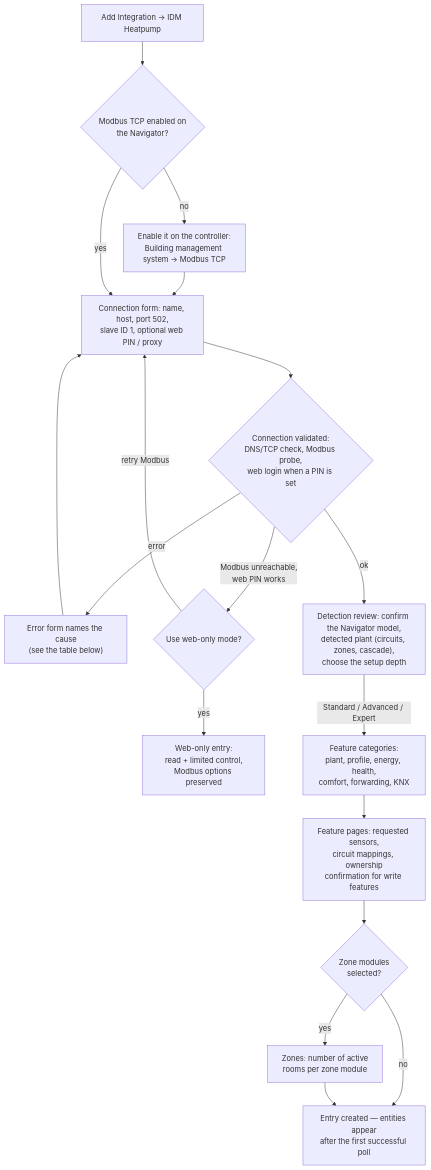
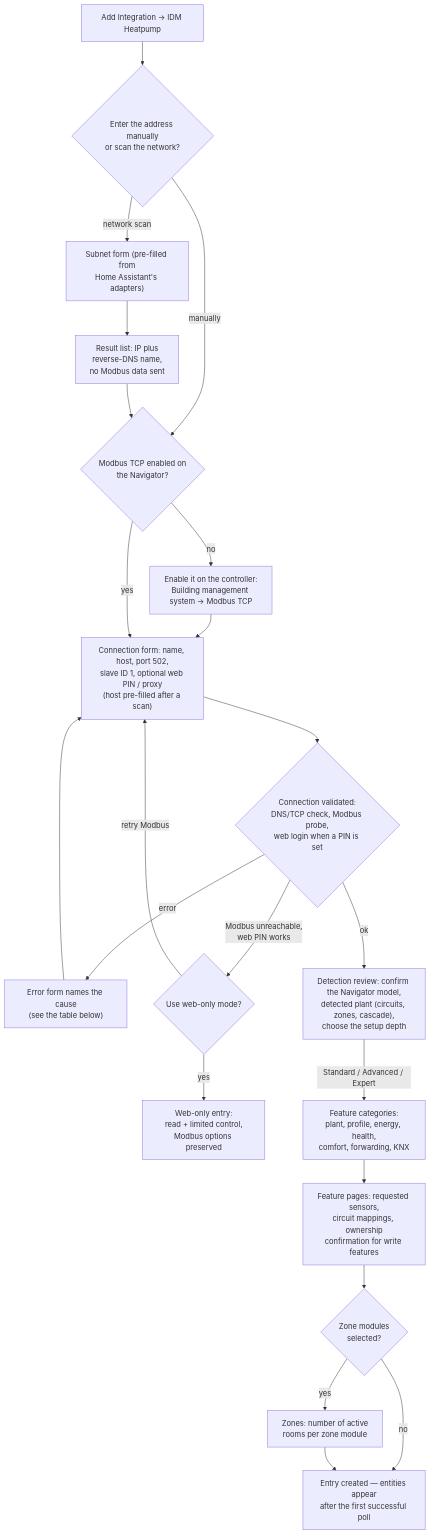
One commit to Xerolux/idm-heatpump-hass changed the diagram in docs/wiki/Installation-and-Setup.md. Above: the diagram before and after it, drawn with Mermaid. The commit also changed other lines of this file and 22 other files, not shown here.

First line of the commit message:
feat: optional network scan in the setup flow (0.26.0-b1)

````diff
--- a/docs/wiki/Installation-and-Setup.md
+++ b/docs/wiki/Installation-and-Setup.md
@@ -132,20 +133,24 @@
 ```mermaid
 flowchart TD
-    add["Add Integration → IDM Heatpump"] --> prereq{"Modbus TCP enabled on<br/>the Navigator?"}
+    add["Add Integration → IDM Heatpump"] --> start{"Enter the address manually<br/>or scan the network?"}
+    start -- "manually" --> prereq{"Modbus TCP enabled on<br/>the Navigator?"}
+    start -- "network scan" --> scan["Subnet form (pre-filled from<br/>Home Assistant's adapters)"]
+    scan --> scanres["Result list: IP plus<br/>reverse-DNS name,<br/>no Modbus data sent"]
+    scanres --> prereq
     prereq -- "no" --> enable["Enable it on the controller:<br/>Building management system → Modbus TCP"]
     enable --> conn
-    prereq -- "yes" --> conn["Connection form: name, host, port 502,<br/>slave ID 1, optional web PIN / proxy"]
+    prereq -- "yes" --> conn["Connection form: name, host, port 502,<br/>slave ID 1, optional web PIN / proxy<br/>(host pre-filled after a scan)"]
     conn --> validate{"Connection validated:<br/>DNS/TCP check, Modbus probe,<br/>web login when a PIN is set"}
     validate -- "error" --> cause["Error form names the cause<br/>(see the table below)"]
     cause --> conn
     validate -- "Modbus unreachable,<br/>web PIN works" --> fallback{"Use web-only mode?"}
     fallback -- "yes" --> webonly["Web-only entry:<br/>read + limited control,<br/>Modbus options preserved"]
     fallback -- "retry Modbus" --> conn
     validate -- "ok" --> review["Detection review: confirm the Navigator model,<br/>detected plant (circuits, zones, cascade),<br/>choose the setup depth"]
     review -- "Standard / Advanced / Expert" --> features["Feature categories:<br/>plant, profile, energy, health,<br/>comfort, forwarding, KNX"]
     features --> pages["Feature pages: requested sensors,<br/>circuit mappings, ownership<br/>confirmation for write features"]
     pages --> zones{"Zone modules<br/>selected?"}
     zones -- "yes" --> rooms["Zones: number of active<br/>rooms per zone module"]
     zones -- "no" --> finish
     rooms --> finish["Entry created — entities appear<br/>after the first successful poll"]
 ```
````
